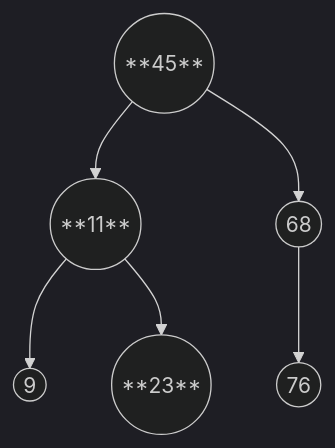
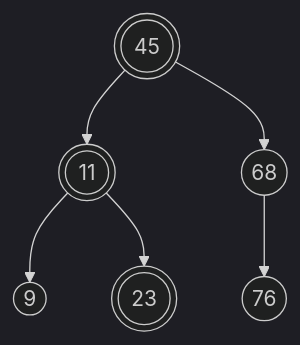
The fourth of 13 diagrams in _posts/DataStructure/Tree/BinaryTree/2019-02-13-二叉排序树.md (dmjcb/dmjcb.github.io), drawn with Mermaid (dark theme) before and after one commit. The commit also changed other lines of this file and 78 other files, not shown here.

Commit message:
更新git部分图片;添加工作台图片

````diff
--- a/_posts/DataStructure/Tree/BinaryTree/2019-02-13-二叉排序树.md
+++ b/_posts/DataStructure/Tree/BinaryTree/2019-02-13-二叉排序树.md
@@ -48,9 +48,9 @@
 ```mermaid
 graph TB
-    N45((**45**))
-        N45-->N11((**11**))
+    N45(((45)))
+        N45-->N11(((11)))
             N11-->N9((9))
-            N11-->N23((**23**))
+            N11-->N23(((23)))
         N45-->N68((68))
             N68-->N76((76))
 ```
````
